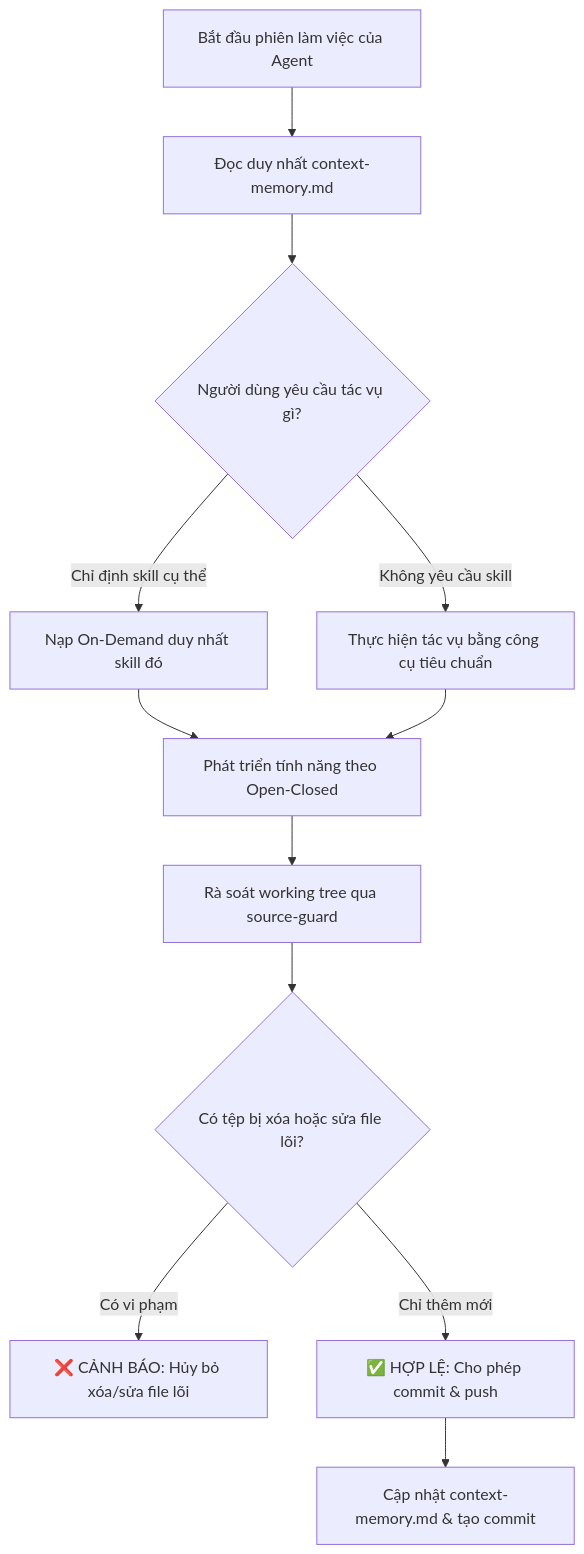
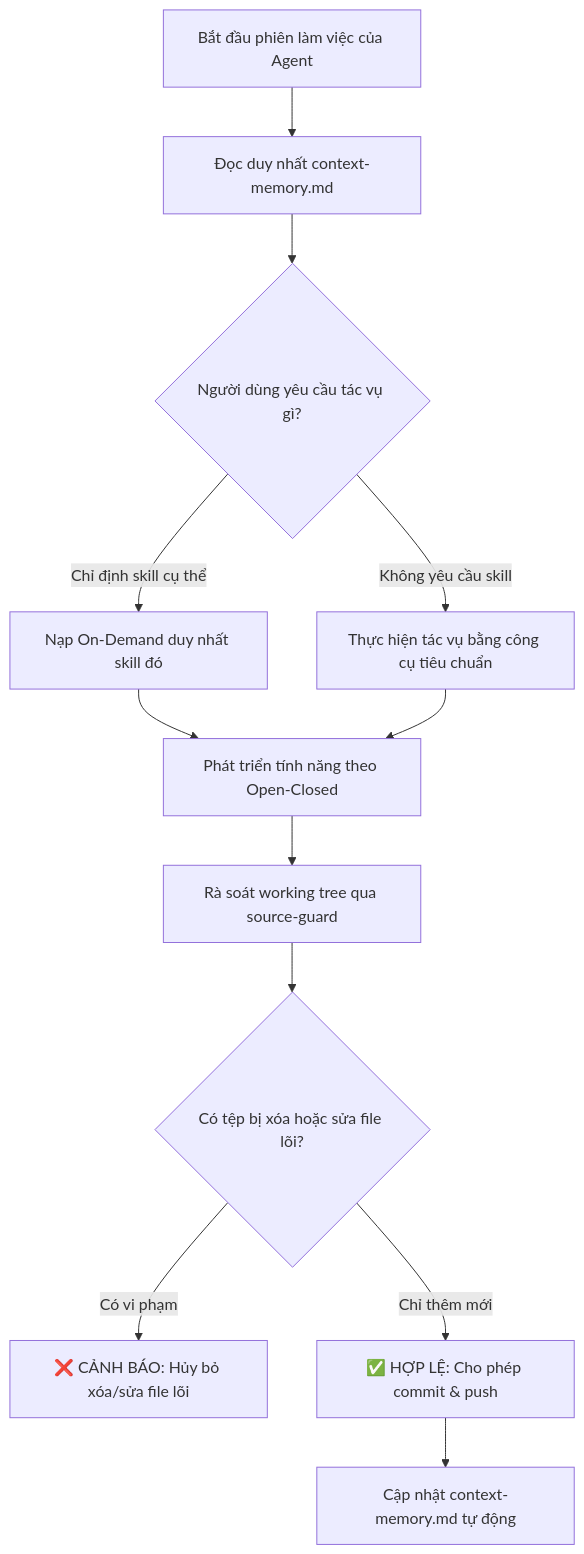
Before and after one commit to ThienleDuc/GDMAS: the diagram in .agents/skills/source-guard/SKILL.md, drawn with Mermaid. The commit also changed other lines of this file and 9 other files, not shown here.

````diff
--- a/.agents/skills/source-guard/SKILL.md
+++ b/.agents/skills/source-guard/SKILL.md
@@ -23,17 +24,17 @@
 ```mermaid
 flowchart TD
     A[Bắt đầu phiên làm việc của Agent] --> B[Đọc duy nhất context-memory.md]
     B --> C{Người dùng yêu cầu tác vụ gì?}
     
     C -- Chỉ định skill cụ thể --> D[Nạp On-Demand duy nhất skill đó]
     C -- Không yêu cầu skill --> E[Thực hiện tác vụ bằng công cụ tiêu chuẩn]
     
     D & E --> F[Phát triển tính năng theo Open-Closed]
     F --> G[Rà soát working tree qua source-guard]
     
     G --> H{Có tệp bị xóa hoặc sửa file lõi?}
     H -- Có vi phạm --> I[❌ CẢNH BÁO: Hủy bỏ xóa/sửa file lõi]
     H -- Chỉ thêm mới --> J[✅ HỢP LỆ: Cho phép commit & push]
     
-    J --> K[Cập nhật context-memory.md & tạo commit]
+    J --> K[Cập nhật context-memory.md tự động]
 ```
````
